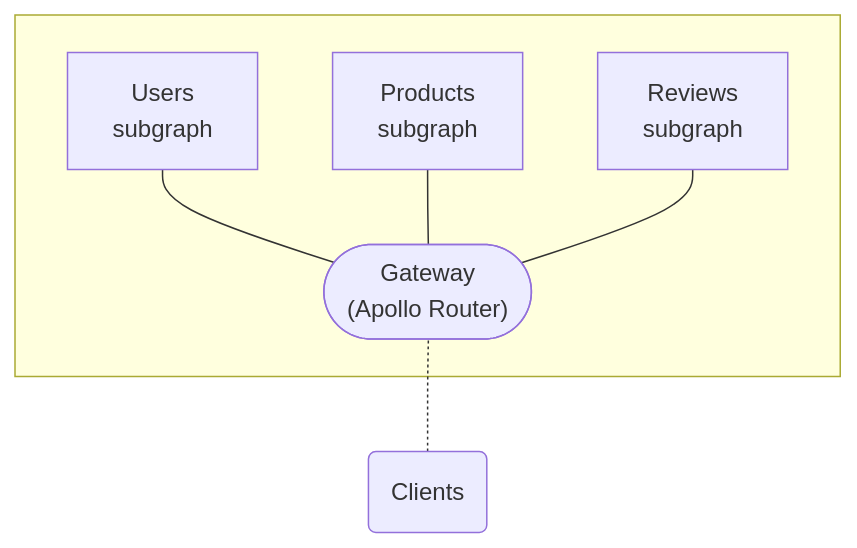
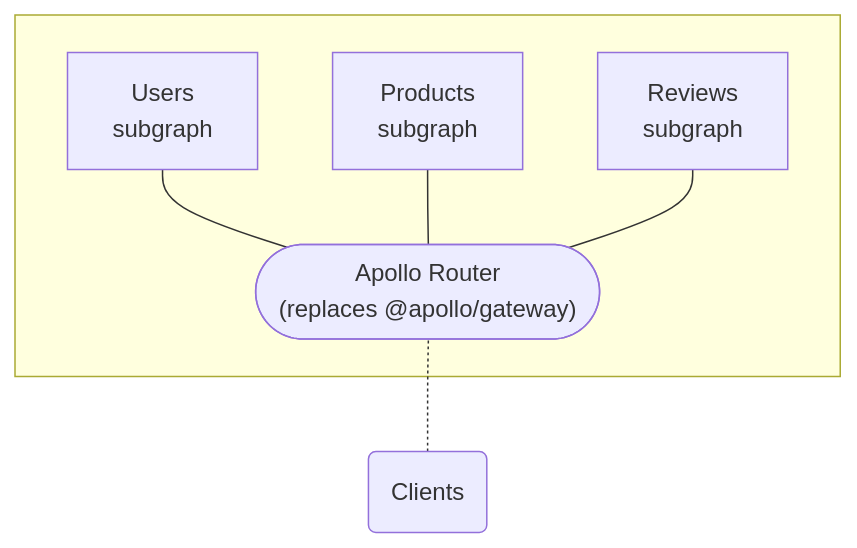
One commit to apollographql/router changed the diagram in docs/source/index.md. Above: the diagram before and after it, drawn with Mermaid. The commit also changed other lines of this file and 1 other file, not shown here.

````diff
--- a/docs/source/index.md
+++ b/docs/source/index.md
@@ -9,13 +9,13 @@
 ```mermaid
 flowchart BT;
   clients(Clients);
   subgraph " ";
-  gateway(["Gateway<br/>(Apollo Router)"]);
+  gateway(["Apollo Router<br/>(replaces @apollo/gateway)"]);
   serviceA[Users<br/>subgraph];
   serviceB[Products<br/>subgraph];
   serviceC[Reviews<br/>subgraph];
   gateway --- serviceA & serviceB & serviceC;
   end;
   clients -.- gateway;
   class clients secondary;
 ```
````
